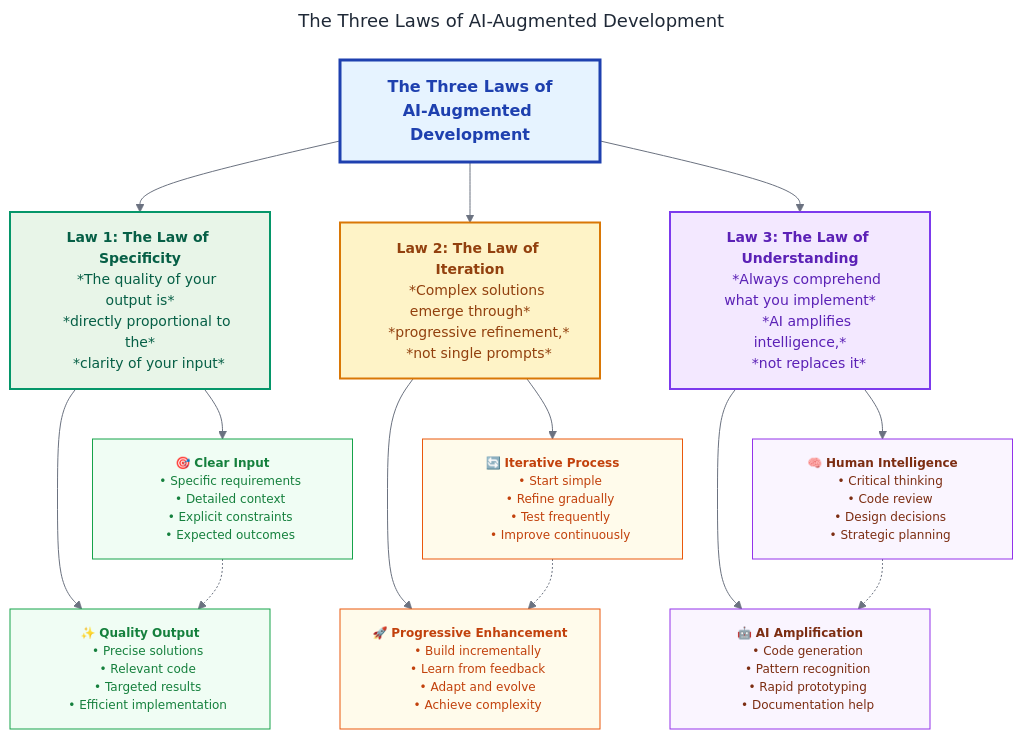
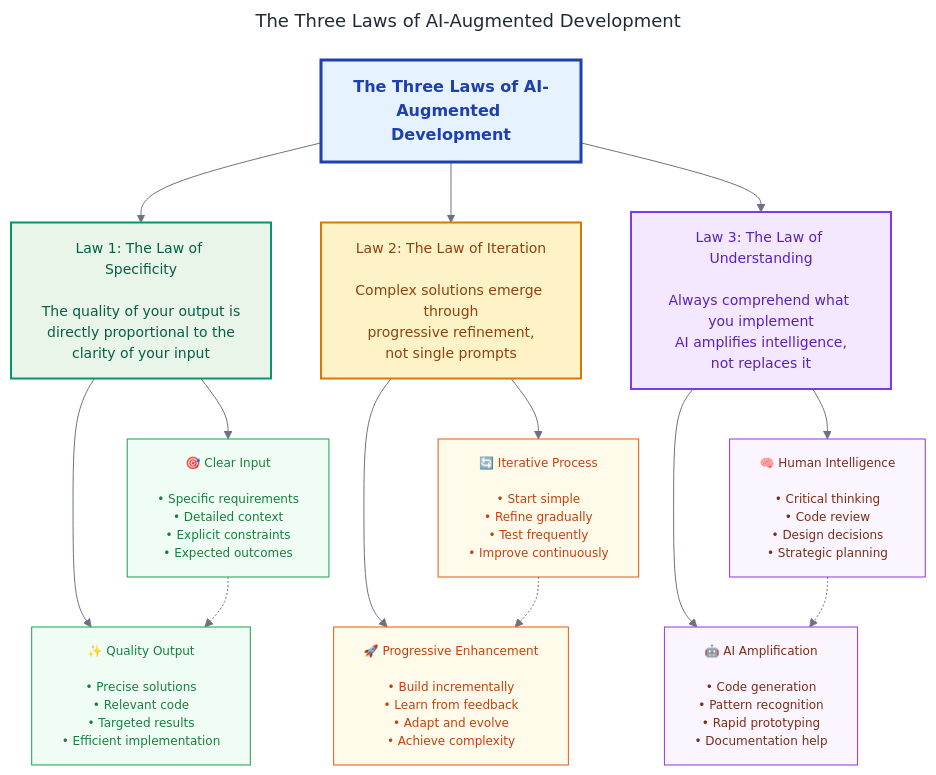
The second of 10 diagrams in 17_intent_based_dev_vs_code_copilot.md (raphaelmansuy/tutorials), drawn with Mermaid before and after one commit.

Commit message:
Refactor flowchart for AI-Augmented Development by simplifying text and improving clarity

```diff
--- a/17_intent_based_dev_vs_code_copilot.md
+++ b/17_intent_based_dev_vs_code_copilot.md
@@ -87,68 +87,25 @@
     textColor: "#1F2937"
 ---
 flowchart TD
-    A["`**The Three Laws of**
-    **AI-Augmented Development**`"]:::title
+    A["The Three Laws of AI-Augmented Development"]:::title
 
-    A --> B["`**Law 1: The Law of Specificity**
+    A --> B["Law 1: The Law of Specificity<br/><br/>The quality of your output is<br/>directly proportional to the<br/>clarity of your input"]:::law1
 
-    *The quality of your output is*
-    *directly proportional to the*
-    *clarity of your input*`"]:::law1
+    A --> C["Law 2: The Law of Iteration<br/><br/>Complex solutions emerge through<br/>progressive refinement,<br/>not single prompts"]:::law2
 
-    A --> C["`**Law 2: The Law of Iteration**
+    A --> D["Law 3: The Law of Understanding<br/><br/>Always comprehend what you implement<br/>AI amplifies intelligence,<br/>not replaces it"]:::law3
 
-    *Complex solutions emerge through*
-    *progressive refinement,*
-    *not single prompts*`"]:::law2
+    B --> E["🎯 Clear Input<br/><br/>• Specific requirements<br/>• Detailed context<br/>• Explicit constraints<br/>• Expected outcomes"]:::detail1
 
-    A --> D["`**Law 3: The Law of Understanding**
+    B --> F["✨ Quality Output<br/><br/>• Precise solutions<br/>• Relevant code<br/>• Targeted results<br/>• Efficient implementation"]:::detail1
 
-    *Always comprehend what you implement*
-    *AI amplifies intelligence,*
-    *not replaces it*`"]:::law3
+    C --> G["🔄 Iterative Process<br/><br/>• Start simple<br/>• Refine gradually<br/>• Test frequently<br/>• Improve continuously"]:::detail2
 
-    B --> E["`🎯 **Clear Input**
+    C --> H["🚀 Progressive Enhancement<br/><br/>• Build incrementally<br/>• Learn from feedback<br/>• Adapt and evolve<br/>• Achieve complexity"]:::detail2
 
-    • Specific requirements
-    • Detailed context
-    • Explicit constraints
-    • Expected outcomes`"]:::detail1
+    D --> I["🧠 Human Intelligence<br/><br/>• Critical thinking<br/>• Code review<br/>• Design decisions<br/>• Strategic planning"]:::detail3
 
-    B --> F["`✨ **Quality Output**
-
-    • Precise solutions
-    • Relevant code
-    • Targeted results
-    • Efficient implementation`"]:::detail1
-
-    C --> G["`🔄 **Iterative Process**
-
-    • Start simple
-    • Refine gradually
-    • Test frequently
-    • Improve continuously`"]:::detail2
-
-    C --> H["`🚀 **Progressive Enhancement**
-
-    • Build incrementally
-    • Learn from feedback
-    • Adapt and evolve
-    • Achieve complexity`"]:::detail2
-
-    D --> I["`🧠 **Human Intelligence**
-
-    • Critical thinking
-    • Code review
-    • Design decisions
-    • Strategic planning`"]:::detail3
-
-    D --> J["`🤖 **AI Amplification**
-
-    • Code generation
-    • Pattern recognition
-    • Rapid prototyping
-    • Documentation help`"]:::detail3
+    D --> J["🤖 AI Amplification<br/><br/>• Code generation<br/>• Pattern recognition<br/>• Rapid prototyping<br/>• Documentation help"]:::detail3
 
     E -.-> F
     G -.-> H
```
